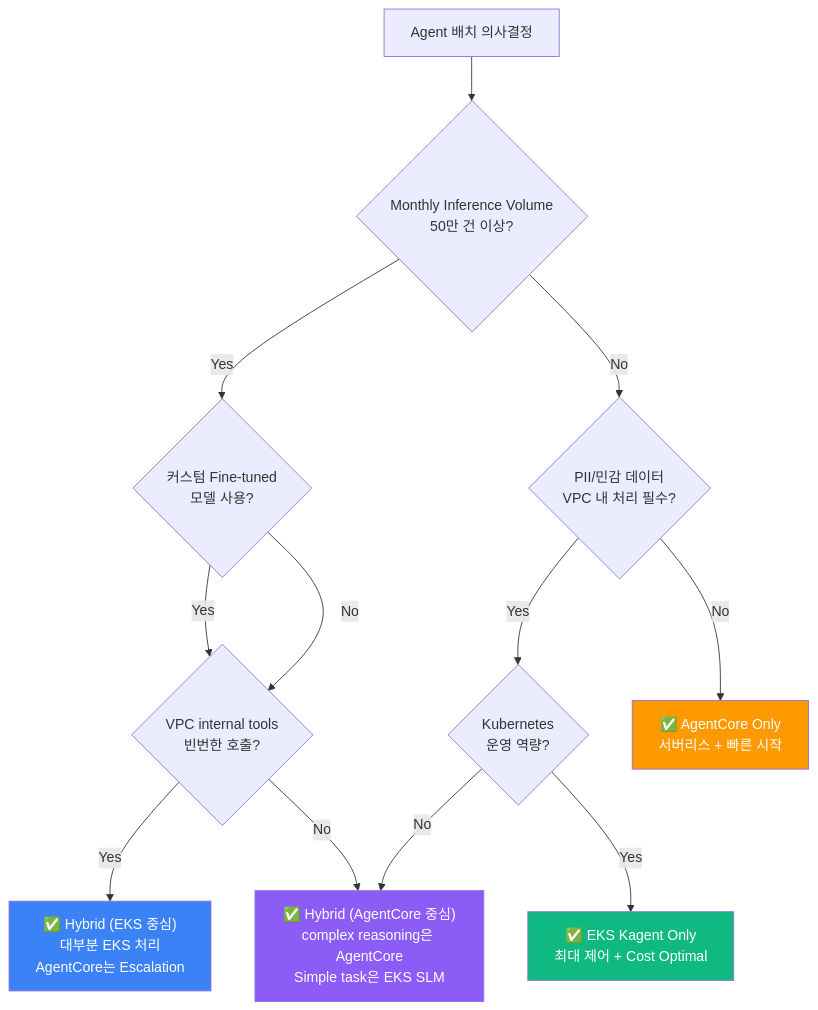
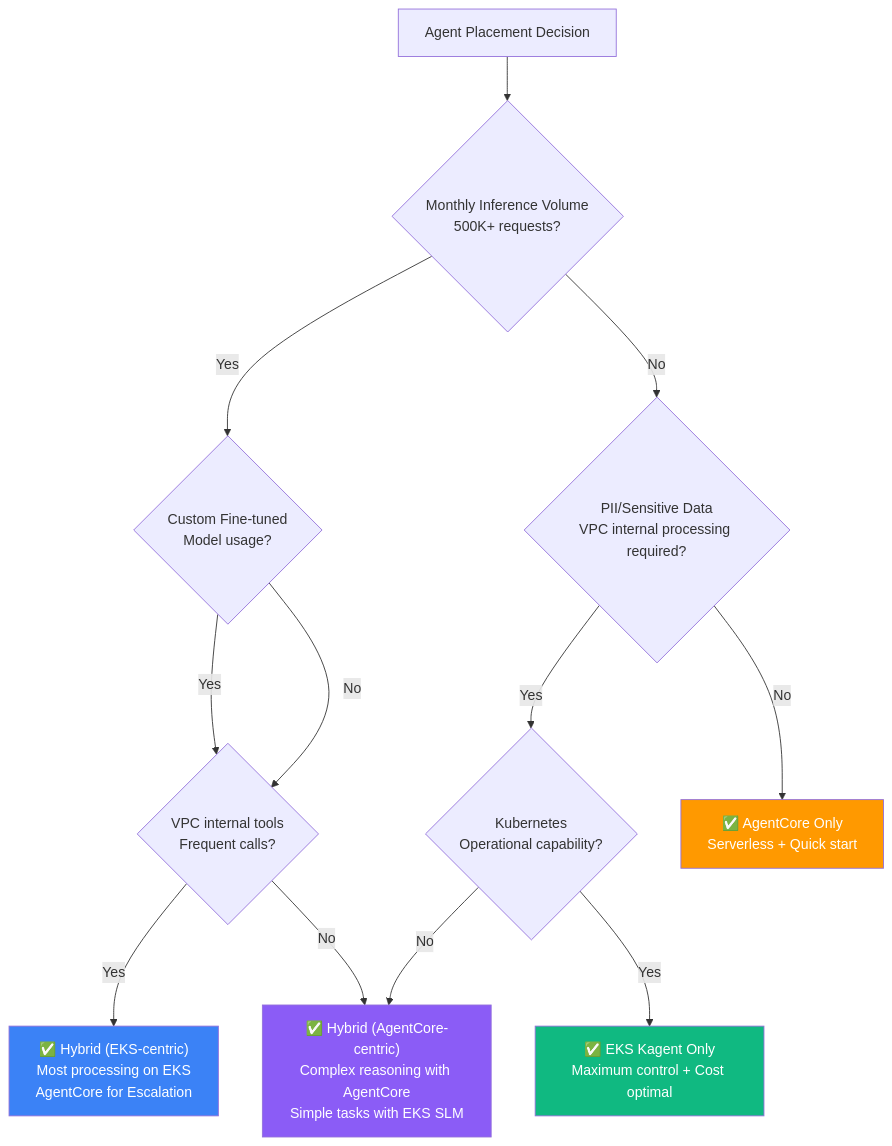
Before and after one commit to devfloor9/engineering-playbook: the second of 11 diagrams in i18n/en/docusaurus-plugin-content-docs/current/agentic-ai-platform/design-architecture/platform-selection/agentcore-hybrid-strategy.md, drawn with Mermaid. The commit also changed other lines of this file and 72 other files, not shown here.

````diff
--- a/i18n/en/docusaurus-plugin-content-docs/current/agentic-ai-platform/design-architecture/platform-selection/agentcore-hybrid-strategy.md
+++ b/i18n/en/docusaurus-plugin-content-docs/current/agentic-ai-platform/design-architecture/platform-selection/agentcore-hybrid-strategy.md
@@ -123,36 +129,36 @@
 ```mermaid
 flowchart TD
-    START["Agent 배치 의사결정"]
+    START["Agent Placement Decision"]
     
-    Q1{"Monthly Inference Volume<br/>50만 건 이상?"}
-    Q2{"PII/민감 데이터<br/>VPC 내 처리 필수?"}
-    Q3{"커스텀 Fine-tuned<br/>모델 사용?"}
-    Q4{"VPC internal tools<br/>빈번한 호출?"}
-    Q5{"Kubernetes<br/>운영 역량?"}
+    Q1{"Monthly Inference Volume<br/>500K+ requests?"}
+    Q2{"PII/Sensitive Data<br/>VPC internal processing required?"}
+    Q3{"Custom Fine-tuned<br/>Model usage?"}
+    Q4{"VPC internal tools<br/>Frequent calls?"}
+    Q5{"Kubernetes<br/>Operational capability?"}
     
-    AGENTCORE["✅ AgentCore Only<br/>서버리스 + 빠른 시작"]
-    EKS_ONLY["✅ EKS Kagent Only<br/>최대 제어 + Cost Optimal"]
-    HYBRID_AC["✅ Hybrid (AgentCore 중심)<br/>complex reasoning은 AgentCore<br/>Simple task은 EKS SLM"]
-    HYBRID_EKS["✅ Hybrid (EKS 중심)<br/>대부분 EKS 처리<br/>AgentCore는 Escalation"]
+    AGENTCORE["✅ AgentCore Only<br/>Serverless + Quick start"]
+    EKS_ONLY["✅ EKS Kagent Only<br/>Maximum control + Cost optimal"]
+    HYBRID_AC["✅ Hybrid (AgentCore-centric)<br/>Complex reasoning with AgentCore<br/>Simple tasks with EKS SLM"]
+    HYBRID_EKS["✅ Hybrid (EKS-centric)<br/>Most processing on EKS<br/>AgentCore for Escalation"]
     
     START --> Q1
     Q1 -->|"No"| Q2
     Q1 -->|"Yes"| Q3
     
     Q2 -->|"No"| AGENTCORE
     Q2 -->|"Yes"| Q5
     
     Q3 -->|"Yes"| Q4
     Q3 -->|"No"| Q4
     
     Q4 -->|"Yes"| HYBRID_EKS
     Q4 -->|"No"| HYBRID_AC
     
     Q5 -->|"Yes"| EKS_ONLY
     Q5 -->|"No"| HYBRID_AC
     
     style AGENTCORE fill:#ff9900,color:#fff
     style EKS_ONLY fill:#10b981,color:#fff
     style HYBRID_AC fill:#8b5cf6,color:#fff
     style HYBRID_EKS fill:#3b82f6,color:#fff
 ```
````
